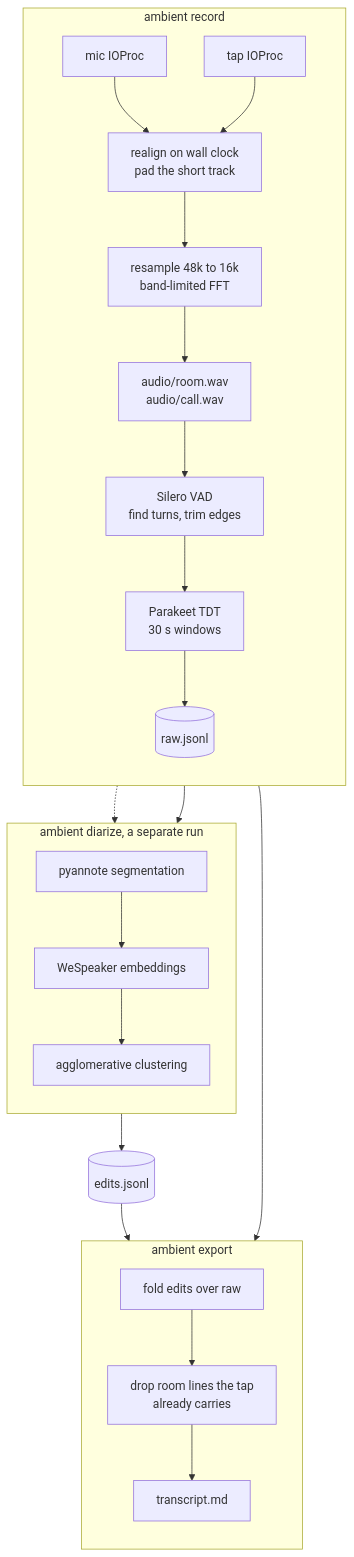
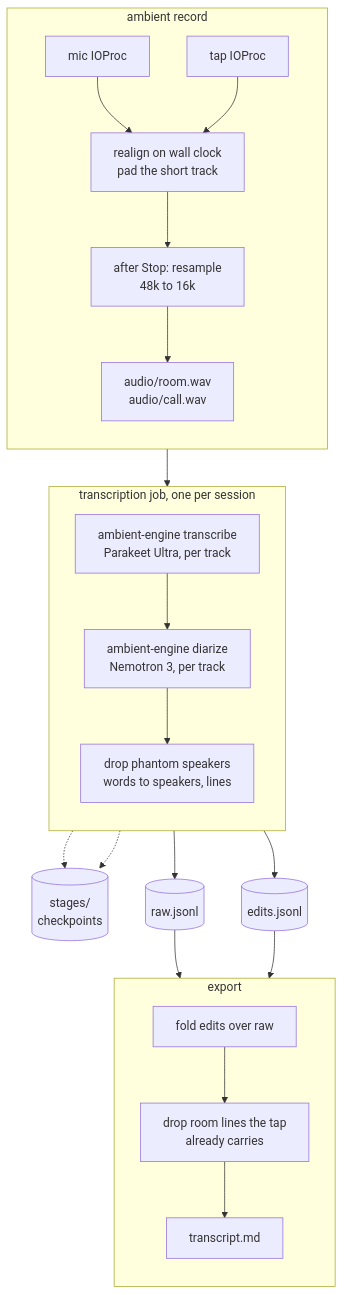
The second of 2 diagrams in docs/developing/index.md (jasonm4130-labs/ambient), drawn with Mermaid before and after one commit. The commit also changed other lines of this file and 15 other files, not shown here.

````diff
--- a/docs/developing/index.md
+++ b/docs/developing/index.md
@@ -64,31 +64,30 @@
 ```mermaid
 flowchart TB
     subgraph rec["ambient record"]
         direction TB
         mic["mic IOProc"] --> pad["realign on wall clock<br/>pad the short track"]
         tap["tap IOProc"] --> pad
-        pad --> rs["resample 48k to 16k<br/>band-limited FFT"]
+        pad --> rs["after Stop: resample<br/>48k to 16k"]
         rs --> wav["audio/room.wav<br/>audio/call.wav"]
-        wav --> vad["Silero VAD<br/>find turns, trim edges"]
-        vad --> asr["Parakeet TDT<br/>30 s windows"]
-        asr --> raw[("raw.jsonl")]
     end
 
-    subgraph dia["ambient diarize, a separate run"]
+    subgraph job["transcription job, one per session"]
         direction TB
-        seg["pyannote segmentation"] --> emb["WeSpeaker embeddings"]
-        emb --> clus["agglomerative clustering"]
+        asr["ambient-engine transcribe<br/>Parakeet Ultra, per track"] --> dia["ambient-engine diarize<br/>Nemotron 3, per track"]
+        dia --> asm["drop phantom speakers<br/>words to speakers, lines"]
     end
 
-    subgraph out["ambient export"]
+    subgraph out["export"]
         direction TB
         fold["fold edits over raw"] --> dedup["drop room lines the tap<br/>already carries"]
         dedup --> md["transcript.md"]
     end
 
-    raw --> dia
-    wav -.-> seg
-    clus --> edits[("edits.jsonl")]
+    wav --> asr
+    asr -.-> ckpt[("stages/<br/>checkpoints")]
+    dia -.-> ckpt
+    asm --> raw[("raw.jsonl")]
+    asm --> edits[("edits.jsonl")]
     raw --> fold
     edits --> fold
 ```
````
